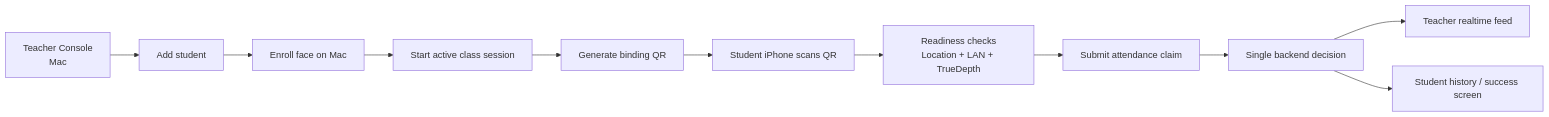
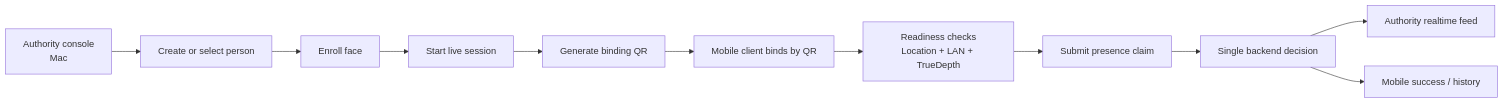
The first of 2 diagrams in README.md (bozliu/truepresence), drawn with Mermaid before and after one commit. The commit also changed other lines of this file and 7 other files, not shown here.

````diff
--- a/README.md
+++ b/README.md
@@ -50,13 +96,13 @@
 ```mermaid
 flowchart LR
-    T["Teacher Console<br/>Mac"] --> S1["Add student"]
-    S1 --> S2["Enroll face on Mac"]
-    S2 --> S3["Start active class session"]
-    S3 --> S4["Generate binding QR"]
-    S4 --> P1["Student iPhone scans QR"]
-    P1 --> P2["Readiness checks<br/>Location + LAN + TrueDepth"]
-    P2 --> P3["Submit attendance claim"]
-    P3 --> D["Single backend decision"]
-    D --> TH["Teacher realtime feed"]
-    D --> IH["Student history / success screen"]
+    A["Authority console<br/>Mac"] --> B["Create or select person"]
+    B --> C["Enroll face"]
+    C --> D["Start live session"]
+    D --> E["Generate binding QR"]
+    E --> F["Mobile client binds by QR"]
+    F --> G["Readiness checks<br/>Location + LAN + TrueDepth"]
+    G --> H["Submit presence claim"]
+    H --> I["Single backend decision"]
+    I --> J["Authority realtime feed"]
+    I --> K["Mobile success / history"]
 ```
````
